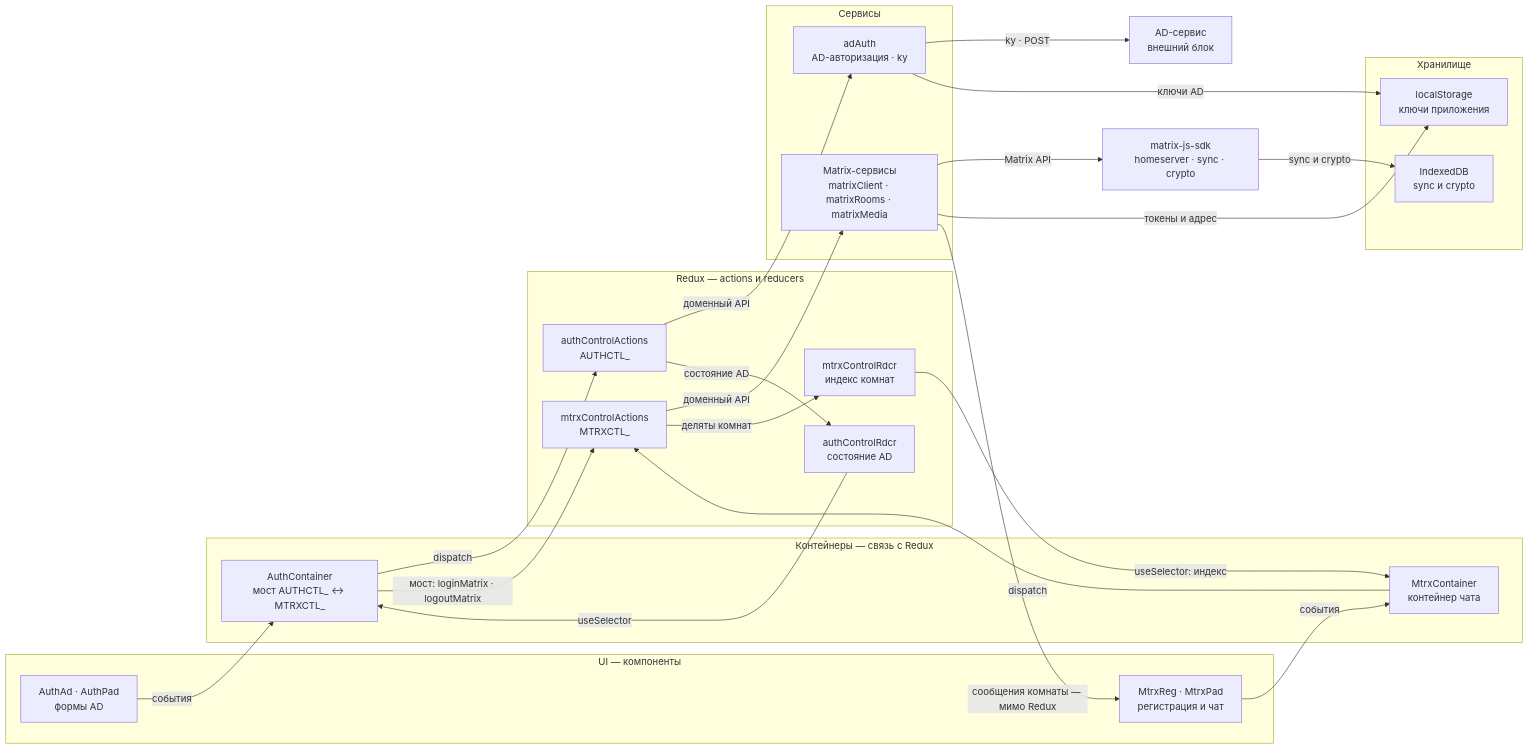
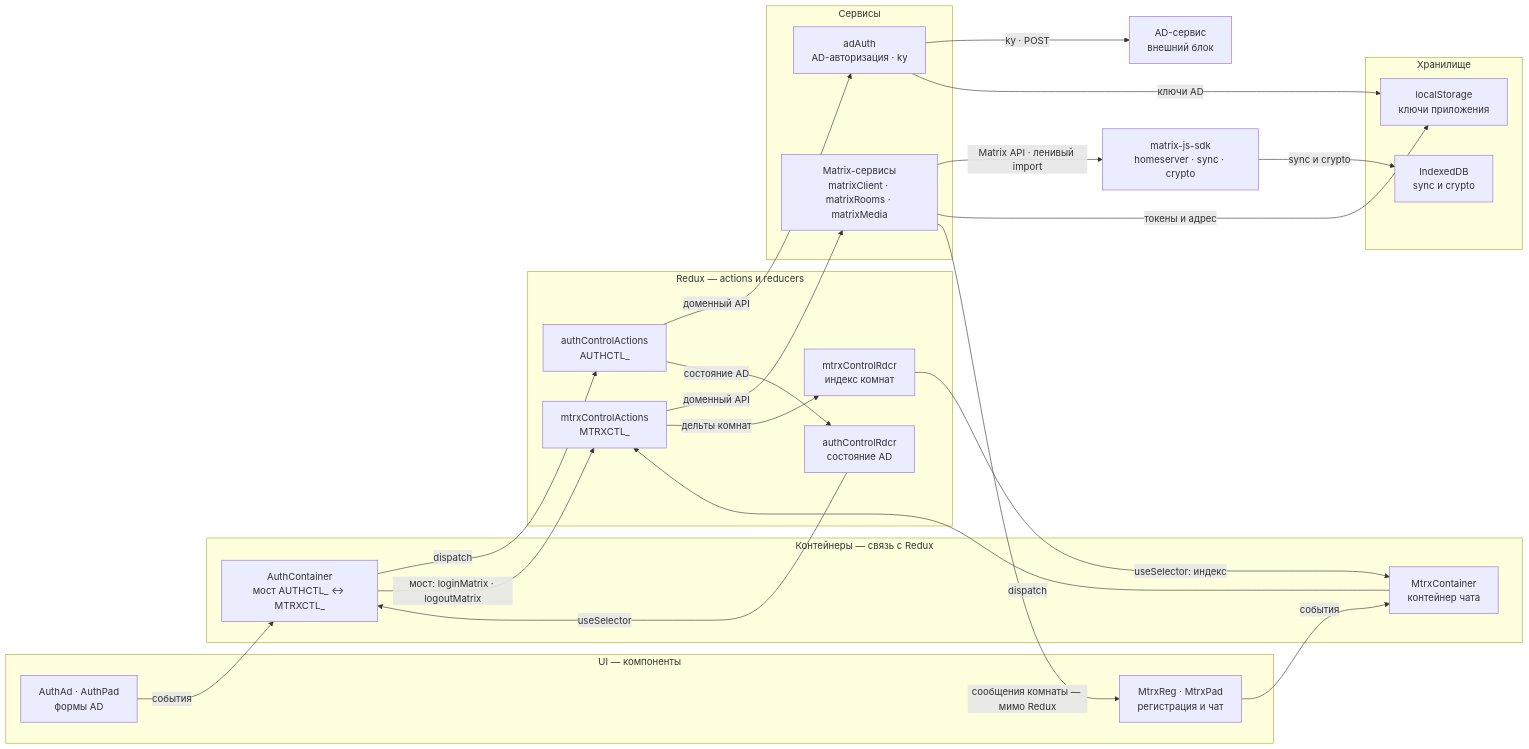
Before and after one commit to ars-anosov/matrix-react: the first of 5 diagrams in docs/STATE.md, drawn with Mermaid. The commit also changed other lines of this file and 18 other files, not shown here.

````diff
--- a/docs/STATE.md
+++ b/docs/STATE.md
@@ -8,42 +15,42 @@
 ```mermaid
 flowchart LR
   subgraph UI["UI — компоненты"]
     ViewAd["AuthAd · AuthPad<br/>формы AD"]
     ViewMtrx["MtrxReg · MtrxPad<br/>регистрация и чат"]
   end
   subgraph CT["Контейнеры — связь с Redux"]
     Bridge["AuthContainer<br/>мост AUTHCTL_ ↔ MTRXCTL_"]
     MtrxCnt["MtrxContainer<br/>контейнер чата"]
   end
   subgraph RX["Redux — actions и reducers"]
     AdAct["authControlActions<br/>AUTHCTL_"]
     AdStore["authControlRdcr<br/>состояние AD"]
     MtrxAct["mtrxControlActions<br/>MTRXCTL_"]
     MtrxStore["mtrxControlRdcr<br/>индекс комнат"]
   end
   subgraph SV["Сервисы"]
     AdSvc["adAuth<br/>AD-авторизация · ky"]
     MtrxSvc["Matrix-сервисы<br/>matrixClient · matrixRooms · matrixMedia"]
   end
   subgraph ST["Хранилище"]
     Ls["localStorage<br/>ключи приложения"]
     Idb["IndexedDB<br/>sync и crypto"]
   end
   ViewAd -->|события| Bridge
   Bridge -->|dispatch| AdAct
   AdAct -->|доменный API| AdSvc
   AdSvc -->|ky · POST| AdRes["AD-сервис<br/>внешний блок"]
   AdAct -->|состояние AD| AdStore
   AdStore -->|useSelector| Bridge
   AdSvc -->|ключи AD| Ls
   ViewMtrx -->|события| MtrxCnt
   MtrxCnt -->|dispatch| MtrxAct
   MtrxAct -->|доменный API| MtrxSvc
-  MtrxSvc -->|Matrix API| Sdk["matrix-js-sdk<br/>homeserver · sync · crypto"]
-  MtrxAct -->|деляты комнат| MtrxStore
+  MtrxSvc -->|Matrix API · ленивый import| Sdk["matrix-js-sdk<br/>homeserver · sync · crypto"]
+  MtrxAct -->|дельты комнат| MtrxStore
   MtrxStore -->|useSelector: индекс| MtrxCnt
   MtrxSvc -->|токены и адрес| Ls
   Sdk -->|sync и crypto| Idb
   MtrxSvc -->|сообщения комнаты — мимо Redux| ViewMtrx
   Bridge -->|мост: loginMatrix · logoutMatrix| MtrxAct
 ```
````
